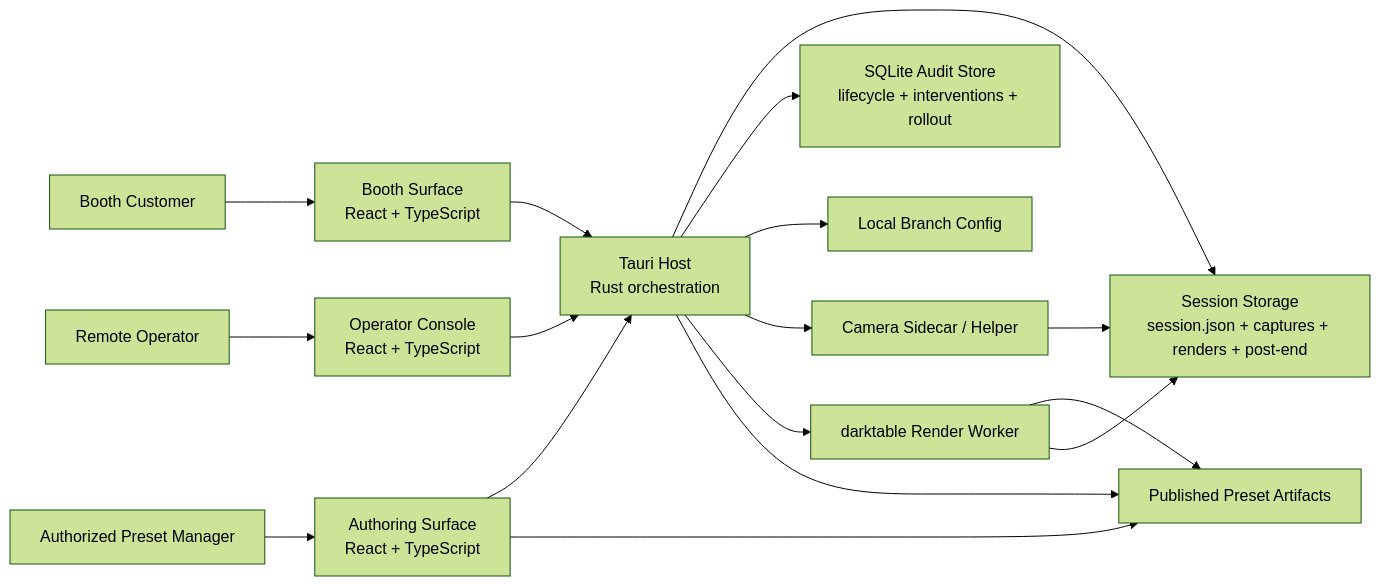
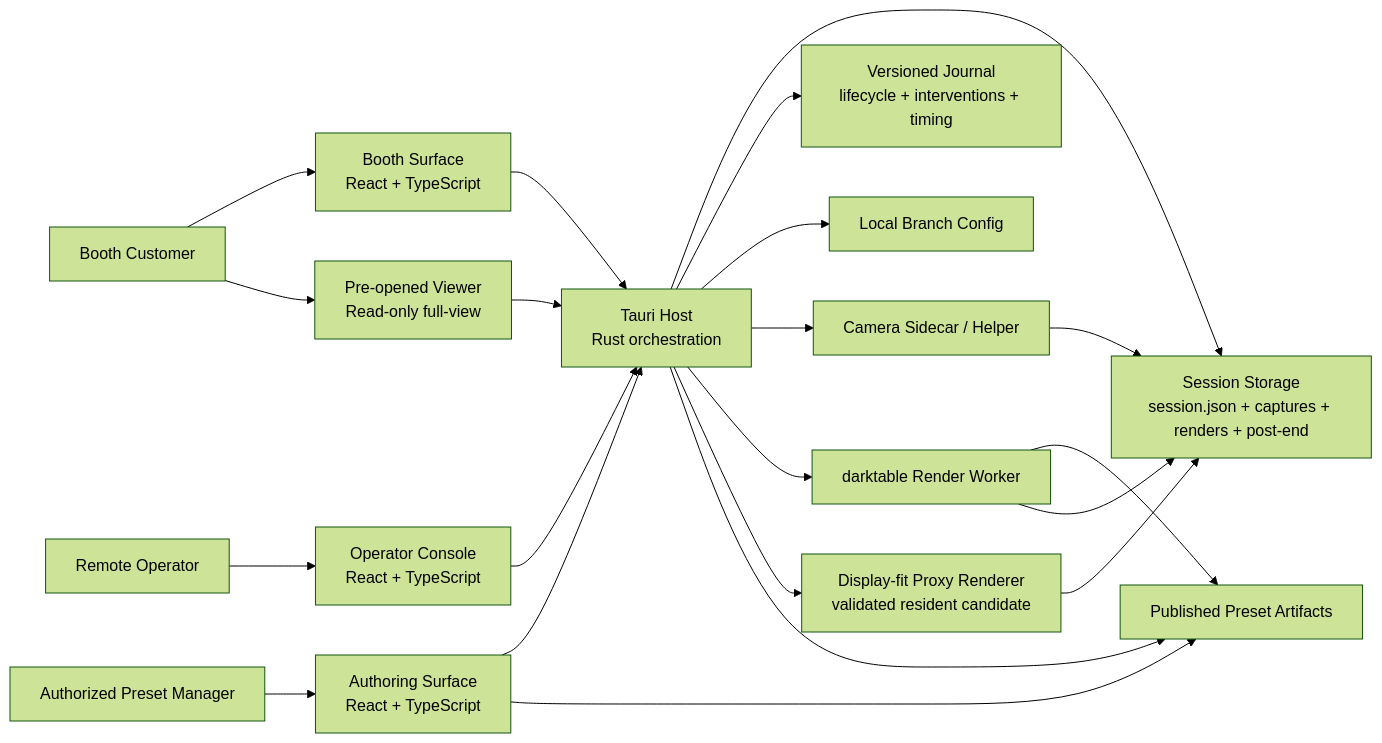
Before and after one commit to lsy9344/Boothy: the first of 2 diagrams in _bmad-output/planning-artifacts/architecture.md, drawn with Mermaid (forest theme). The commit also changed other lines of this file and 465 other files, not shown here.

````diff
--- a/_bmad-output/planning-artifacts/architecture.md
+++ b/_bmad-output/planning-artifacts/architecture.md
@@ -43,21 +46,25 @@
 ```mermaid
 flowchart LR
     Customer["Booth Customer"] --> BoothUI["Booth Surface<br/>React + TypeScript"]
+    Customer --> ViewerUI["Pre-opened Viewer<br/>Read-only full-view"]
     Operator["Remote Operator"] --> OperatorUI["Operator Console<br/>React + TypeScript"]
     Author["Authorized Preset Manager"] --> AuthorUI["Authoring Surface<br/>React + TypeScript"]
 
     BoothUI --> Host["Tauri Host<br/>Rust orchestration"]
+    ViewerUI --> Host
     OperatorUI --> Host
     AuthorUI --> Host
 
     Host --> SessionFS["Session Storage<br/>session.json + captures + renders + post-end"]
-    Host --> AuditDB["SQLite Audit Store<br/>lifecycle + interventions + rollout"]
+    Host --> AuditJournal["Versioned Journal<br/>lifecycle + interventions + timing"]
     Host --> Config["Local Branch Config"]
     Host --> CameraSidecar["Camera Sidecar / Helper"]
     Host --> RenderWorker["darktable Render Worker"]
+    Host --> DisplayRenderer["Display-fit Proxy Renderer<br/>validated resident candidate"]
     AuthorUI --> PresetArtifacts["Published Preset Artifacts"]
     Host --> PresetArtifacts
     RenderWorker --> PresetArtifacts
     CameraSidecar --> SessionFS
     RenderWorker --> SessionFS
+    DisplayRenderer --> SessionFS
 ```
````
